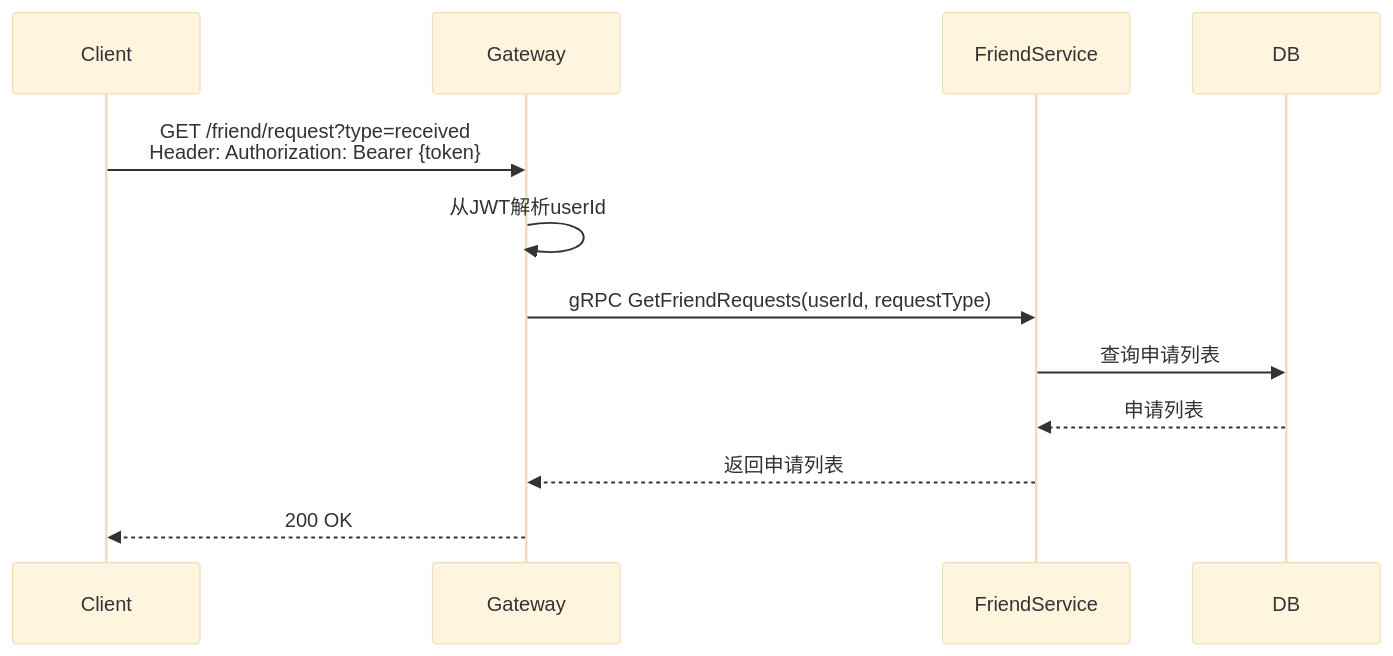
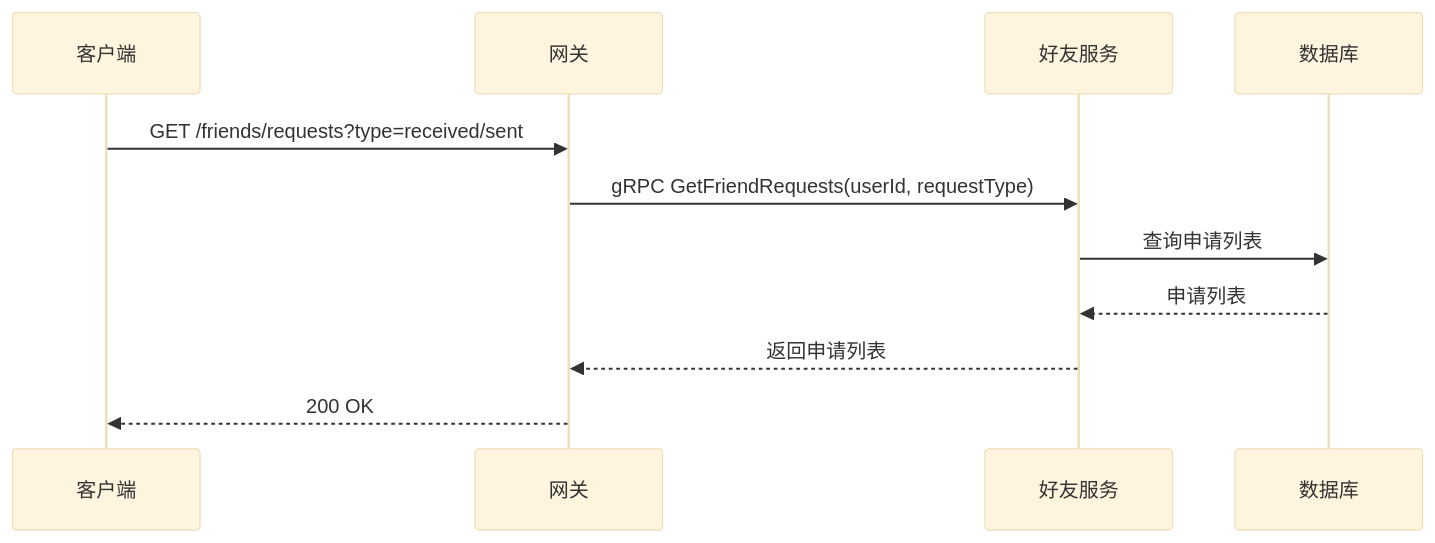
One commit to yzhgit/anychat-server changed the third of 3 diagrams in docs/design/friend/request.md. Above: the diagram before and after it, drawn with Mermaid (base theme). The commit also changed other lines of this file and 4 other files, not shown here.

First line of the commit message:
feat(friend): support auto-accept friend request when verification disabled

````diff
--- a/docs/design/friend/request.md
+++ b/docs/design/friend/request.md
@@ -90,15 +171,14 @@
 ```mermaid
 sequenceDiagram
-    participant Client
-    participant Gateway
-    participant FriendService
-    participant DB
+    participant Client as 客户端
+    participant Gateway as 网关
+    participant FriendService as 好友服务
+    participant DB as 数据库
 
-    Client->>Gateway: GET /friend/request?type=received<br/>Header: Authorization: Bearer {token}
-    Gateway->>Gateway: 从JWT解析userId
+    Client->>Gateway: GET /friends/requests?type=received/sent
     Gateway->>FriendService: gRPC GetFriendRequests(userId, requestType)
     FriendService->>DB: 查询申请列表
     DB-->>FriendService: 申请列表
     FriendService-->>Gateway: 返回申请列表
     Gateway-->>Client: 200 OK
 ```
````
